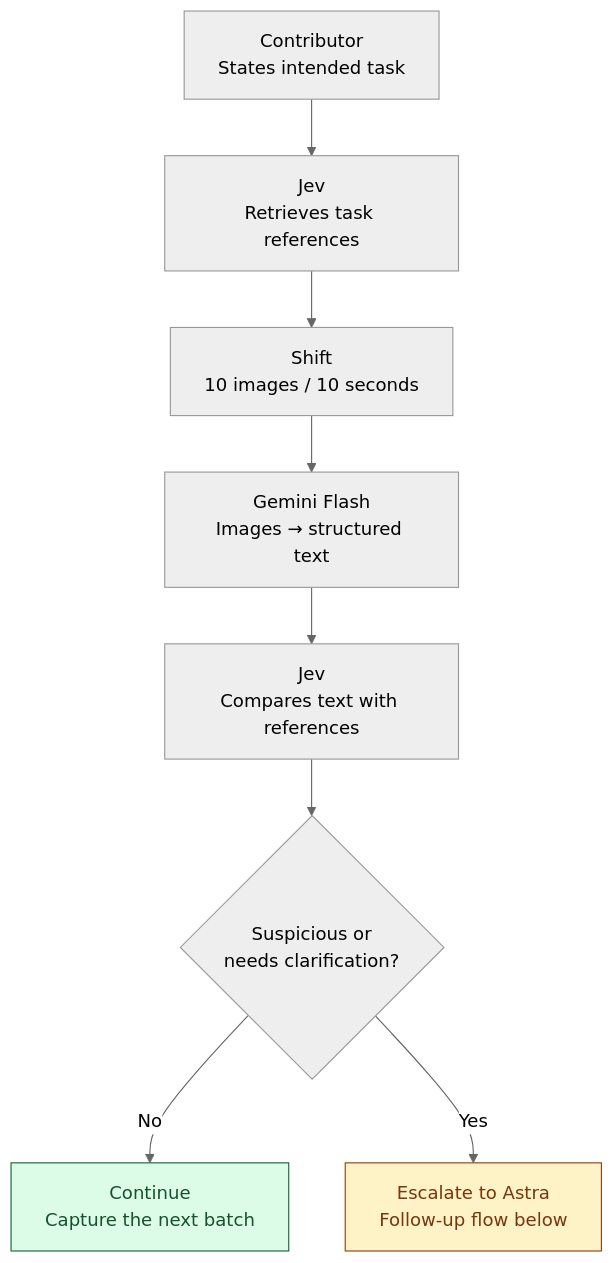
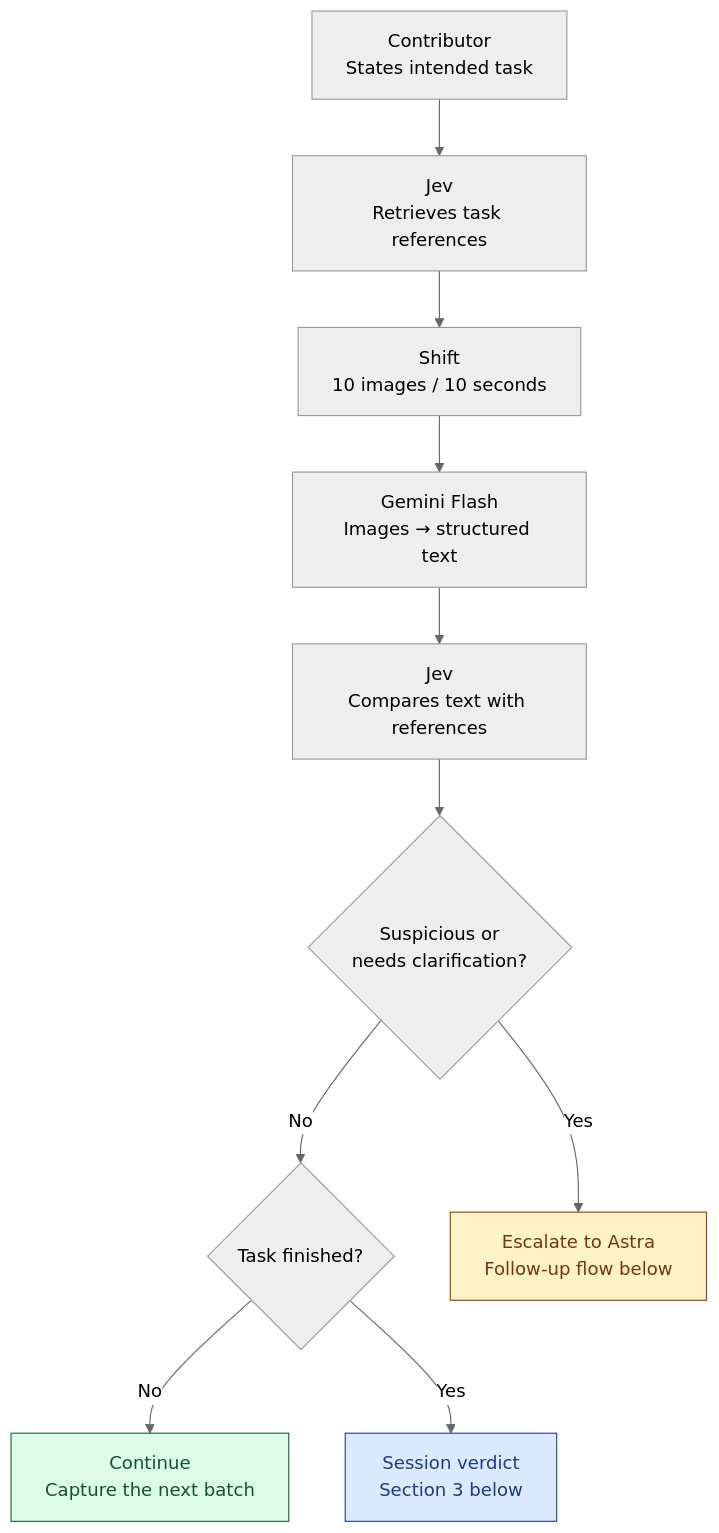
The first of 3 diagrams in README.md (lukaschudy/ai-physical-hack), drawn with Mermaid (neutral theme) before and after one commit. The commit also changed other lines of this file, not shown here.

Commit message:
Add speech-to-text step and session verdict

````diff
--- a/README.md
+++ b/README.md
@@ -9,15 +9,19 @@
 ```mermaid
 flowchart TD
     A["Contributor<br/>States intended task"] --> B["Jev<br/>Retrieves task references"]
     B --> C["Shift<br/>10 images / 10 seconds"]
     C --> D["Gemini Flash<br/>Images → structured text"]
     D --> E["Jev<br/>Compares text with references"]
     E --> F{"Suspicious or<br/>needs clarification?"}
-    F -->|No| N["Continue<br/>Capture the next batch"]
+    F -->|No| T{"Task finished?"}
+    T -->|No| N["Continue<br/>Capture the next batch"]
+    T -->|Yes| V["Session verdict<br/>Section 3 below"]
     F -->|Yes| Y["Escalate to Astra<br/>Follow-up flow below"]
 
     classDef normal fill:#dcfce7,stroke:#166534,color:#14532d;
     classDef escalate fill:#fef3c7,stroke:#92400e,color:#78350f;
+    classDef verdict fill:#dbeafe,stroke:#1e40af,color:#1e3a8a;
     class N normal;
     class Y escalate;
+    class V verdict;
 ```
````
